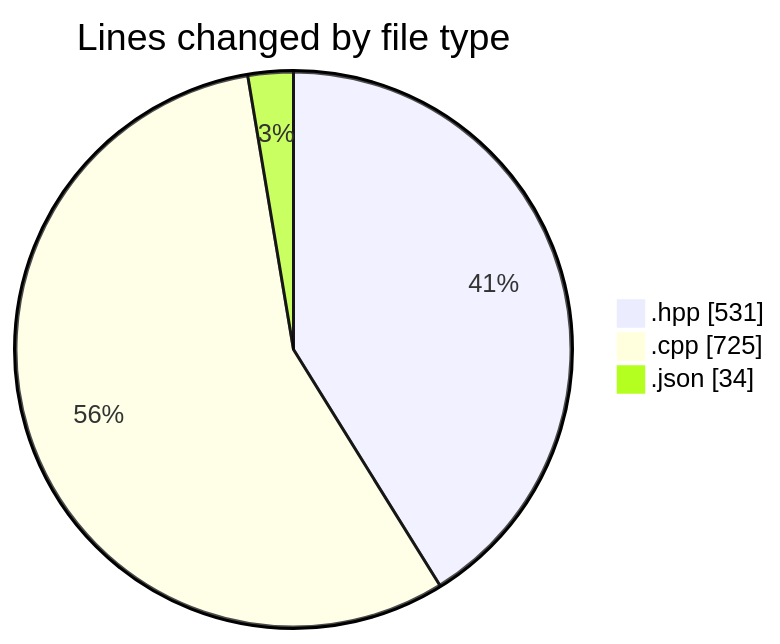
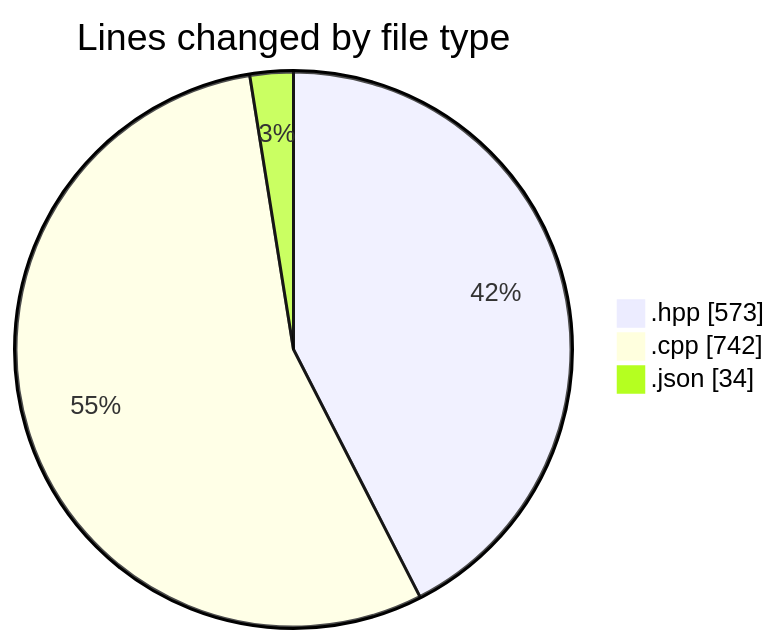
Before and after one commit to Netris89/code-tracking: the first of 2 diagrams in 2025-05-03/date/README.md, drawn with Mermaid. The commit also changed other lines of this file and 1 other file, not shown here.

````diff
--- a/2025-05-03/date/README.md
+++ b/2025-05-03/date/README.md
@@ -29,7 +29,7 @@
 ```mermaid
 pie showData
 title Lines changed by file type
-".hpp" : 531
-".cpp" : 725
+".hpp" : 573
+".cpp" : 742
 ".json" : 34
 ```
````
